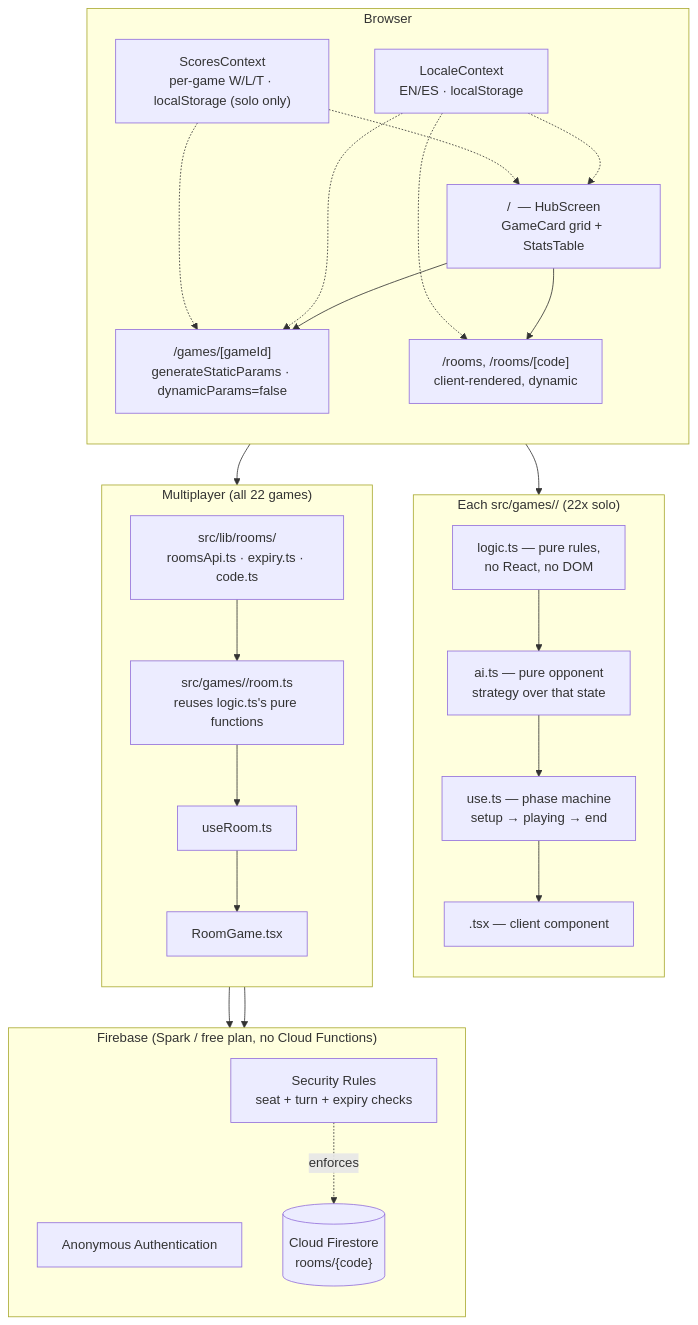
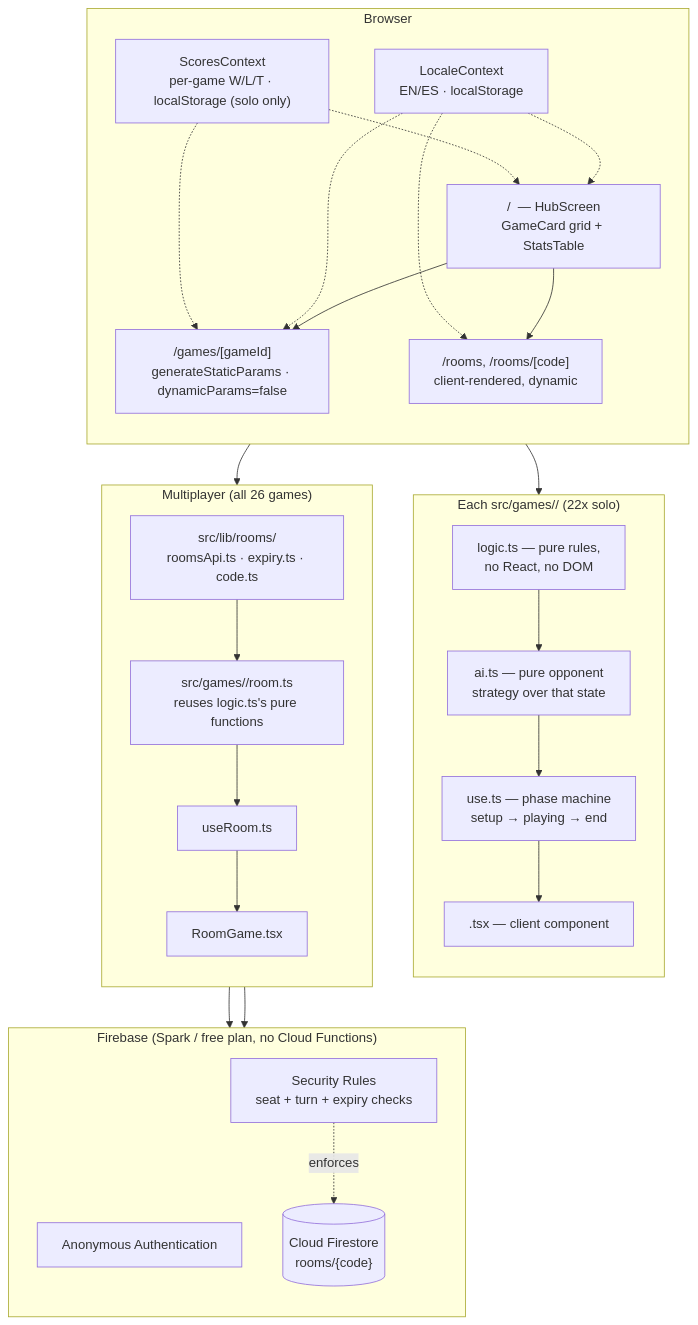
One commit to JoanOliver04/minigame-hub changed the diagram in README.md. Above: the diagram before and after it, drawn with Mermaid. The commit also changed other lines of this file and 45 other files, not shown here.

````diff
--- a/README.md
+++ b/README.md
@@ -193,50 +197,50 @@
 ```mermaid
 flowchart TB
     subgraph Browser
         direction TB
         Hub["/  — HubScreen<br/>GameCard grid + StatsTable"]
         Game["/games/[gameId]<br/>generateStaticParams · dynamicParams=false"]
         Rooms["/rooms, /rooms/[code]<br/>client-rendered, dynamic"]
         LC["LocaleContext<br/>EN/ES · localStorage"]
         SC["ScoresContext<br/>per-game W/L/T · localStorage (solo only)"]
         Hub --> Game
         Hub --> Rooms
         LC -.-> Hub
         LC -.-> Game
         LC -.-> Rooms
         SC -.-> Hub
         SC -.-> Game
     end
 
     subgraph PerGame["Each src/games/<id>/ (22x solo)"]
         direction TB
         Logic["logic.ts — pure rules,<br/>no React, no DOM"]
         AI["ai.ts — pure opponent<br/>strategy over that state"]
         Hook["use<Name>.ts — phase machine<br/>setup → playing → end"]
         View["<Name>.tsx — client component"]
         Logic --> AI --> Hook --> View
     end
 
-    subgraph RoomLayer["Multiplayer (all 22 games)"]
+    subgraph RoomLayer["Multiplayer (all 26 games)"]
         direction TB
         RoomLib["src/lib/rooms/<br/>roomsApi.ts · expiry.ts · code.ts"]
         RoomGame["src/games/<id>/room.ts<br/>reuses logic.ts's pure functions"]
         RoomHook["use<Name>Room.ts"]
         RoomView["<Name>RoomGame.tsx"]
         RoomLib --> RoomGame --> RoomHook --> RoomView
     end
 
     Game --> PerGame
     Rooms --> RoomLayer
 
     subgraph Firebase["Firebase (Spark / free plan, no Cloud Functions)"]
         direction TB
         Auth["Anonymous Authentication"]
         FS[("Cloud Firestore<br/>rooms/{code}")]
         Rules["Security Rules<br/>seat + turn + expiry checks"]
     end
 
     RoomLib --> Auth
     RoomLib --> FS
     Rules -.enforces.-> FS
 ```
````
